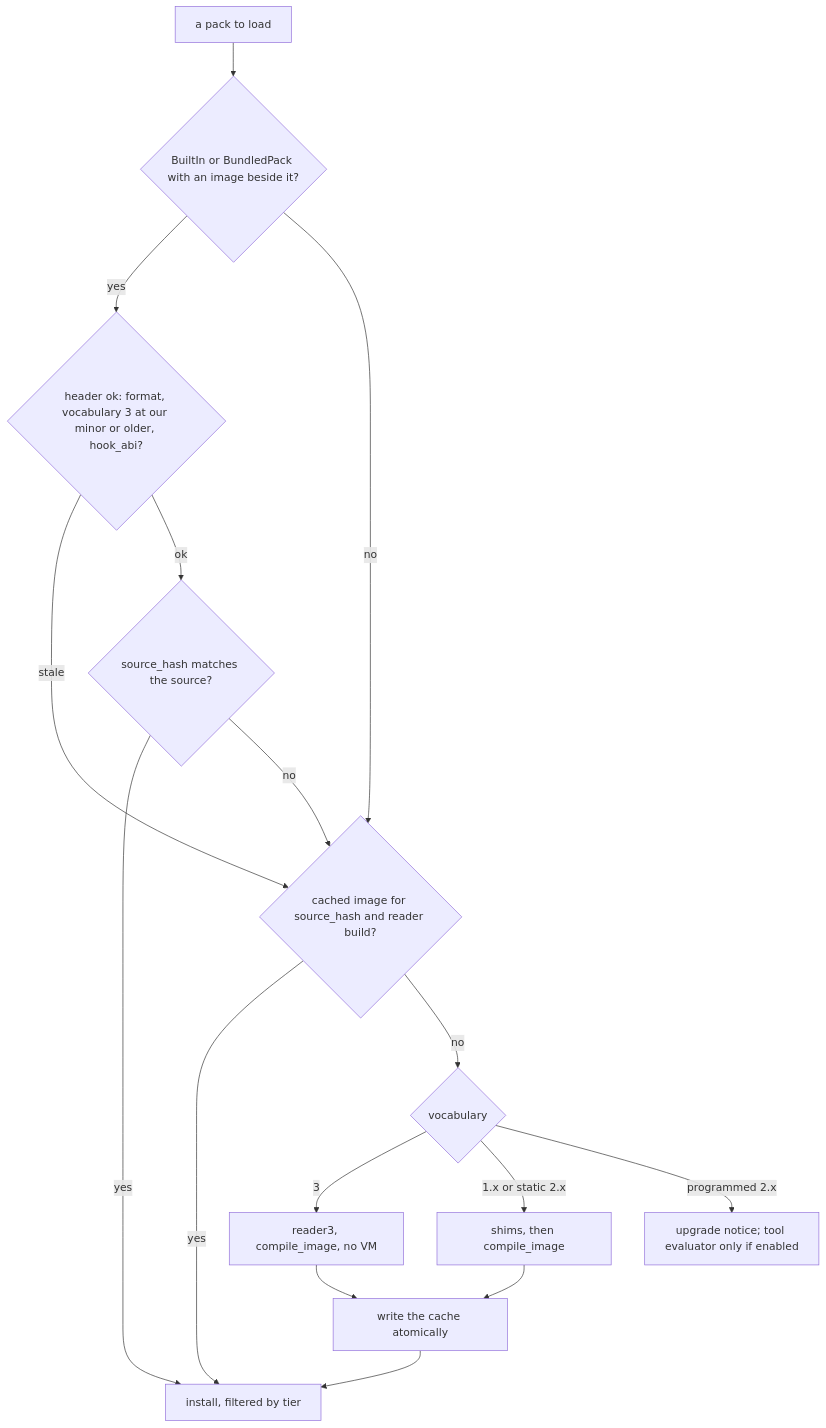
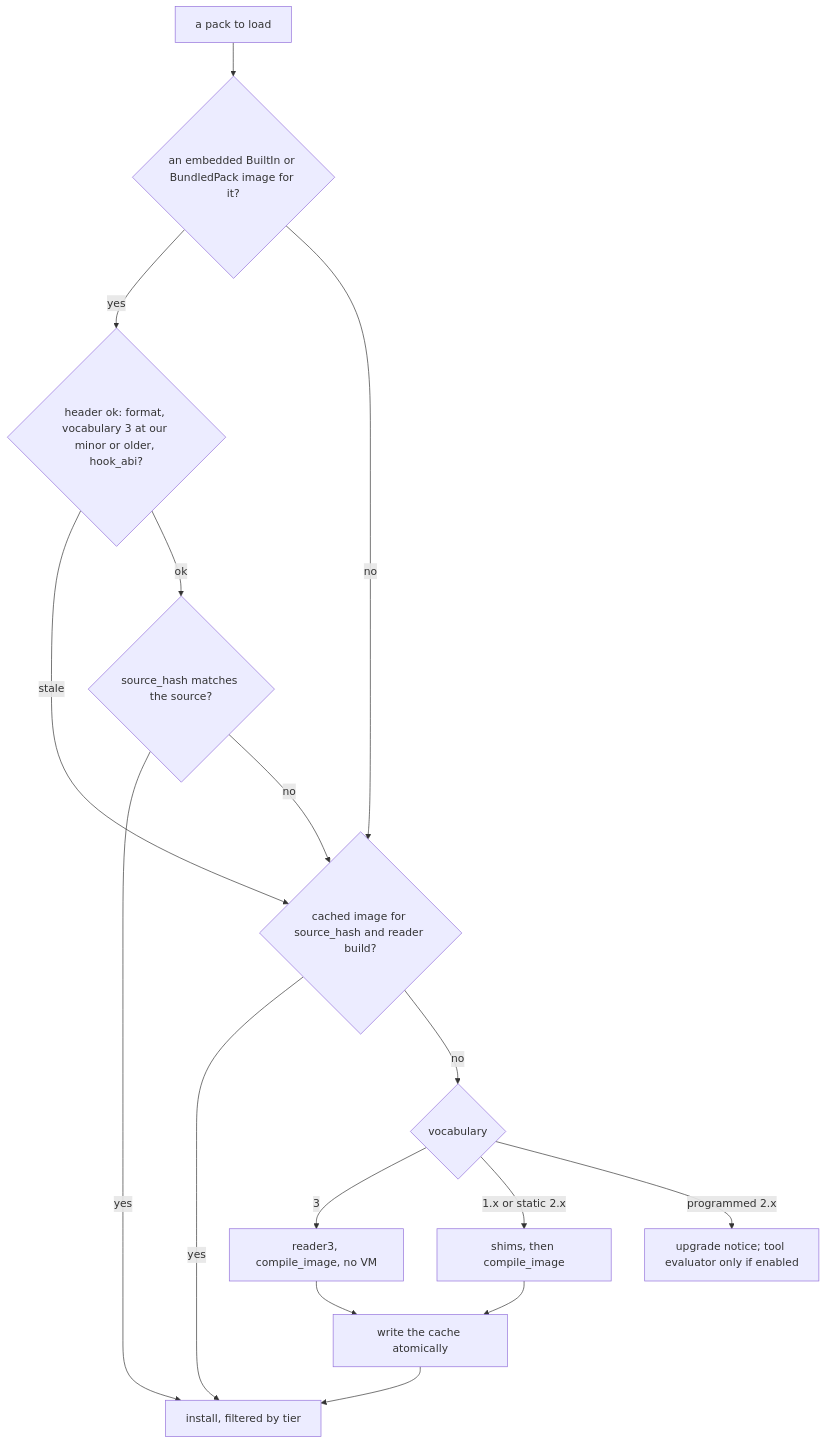
The first of 3 diagrams in docs/design/registry/spectcl-3/07-image-and-rust-parity.md (bitwisecook/tcl-lsp), drawn with Mermaid before and after one commit. The commit also changed other lines of this file and 15 other files, not shown here.

````diff
--- a/docs/design/registry/spectcl-3/07-image-and-rust-parity.md
+++ b/docs/design/registry/spectcl-3/07-image-and-rust-parity.md
@@ -206,18 +231,18 @@
 ```mermaid
 flowchart TB
-  pack["a pack to load"] --> tier{"BuiltIn or BundledPack with an image beside it?"}
+  pack["a pack to load"] --> tier{"an embedded BuiltIn or BundledPack image for it?"}
   tier -- yes --> header{"header ok: format, vocabulary 3 at our minor or older, hook_abi?"}
   tier -- no --> cache{"cached image for source_hash and reader build?"}
   header -- stale --> cache
   header -- ok --> hash{"source_hash matches the source?"}
   hash -- yes --> install["install, filtered by tier"]
   hash -- no --> cache
   cache -- yes --> install
   cache -- no --> vocab{"vocabulary"}
   vocab -- "3" --> compile["reader3, compile_image, no VM"]
   vocab -- "1.x or static 2.x" --> shim["shims, then compile_image"]
   vocab -- "programmed 2.x" --> notice["upgrade notice; tool evaluator only if enabled"]
   compile --> write["write the cache atomically"]
   shim --> write
   write --> install
 ```
````
